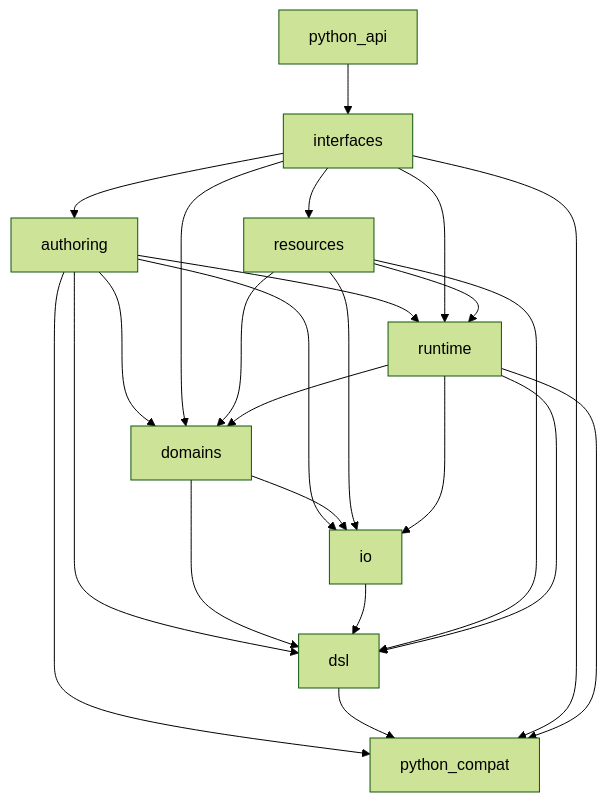
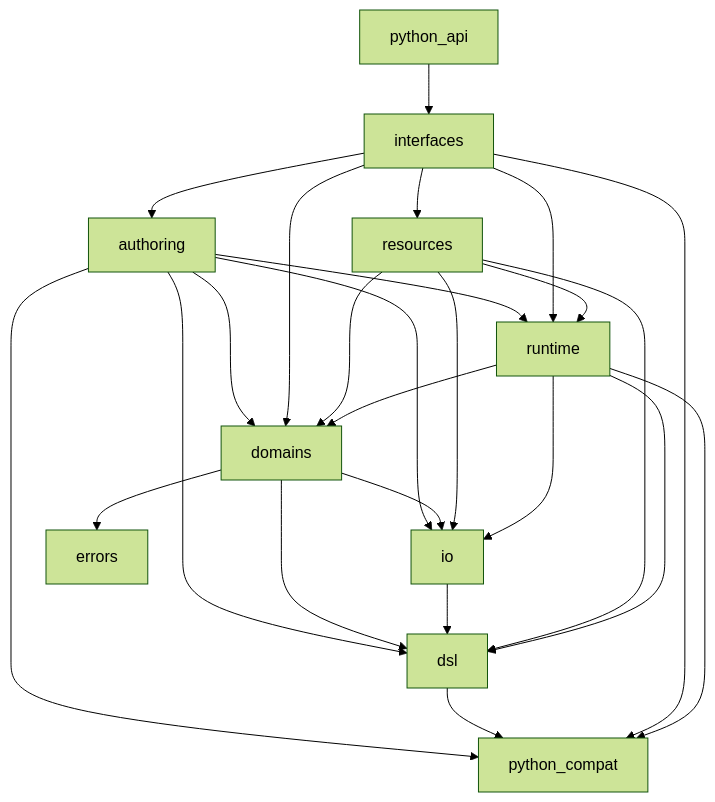
One commit to rapiddweller/datamimic changed the first of 2 diagrams in docs/architecture/refactoring-study/experiment-2/target-architecture.md. Above: the diagram before and after it, drawn with Mermaid (forest theme). The commit also changed other lines of this file and 12 other files, not shown here.

````diff
--- a/docs/architecture/refactoring-study/experiment-2/target-architecture.md
+++ b/docs/architecture/refactoring-study/experiment-2/target-architecture.md
@@ -53,26 +53,27 @@
 ```mermaid
 graph TD
     authoring --> domains
     authoring --> dsl
     authoring --> io
     authoring --> python_compat
     authoring --> runtime
     domains --> dsl
+    domains --> errors
     domains --> io
     dsl --> python_compat
     interfaces --> authoring
     interfaces --> domains
     interfaces --> python_compat
     interfaces --> resources
     interfaces --> runtime
     io --> dsl
     python_api --> interfaces
     resources --> domains
     resources --> dsl
     resources --> io
     resources --> runtime
     runtime --> domains
     runtime --> dsl
     runtime --> io
     runtime --> python_compat
 ```
````
